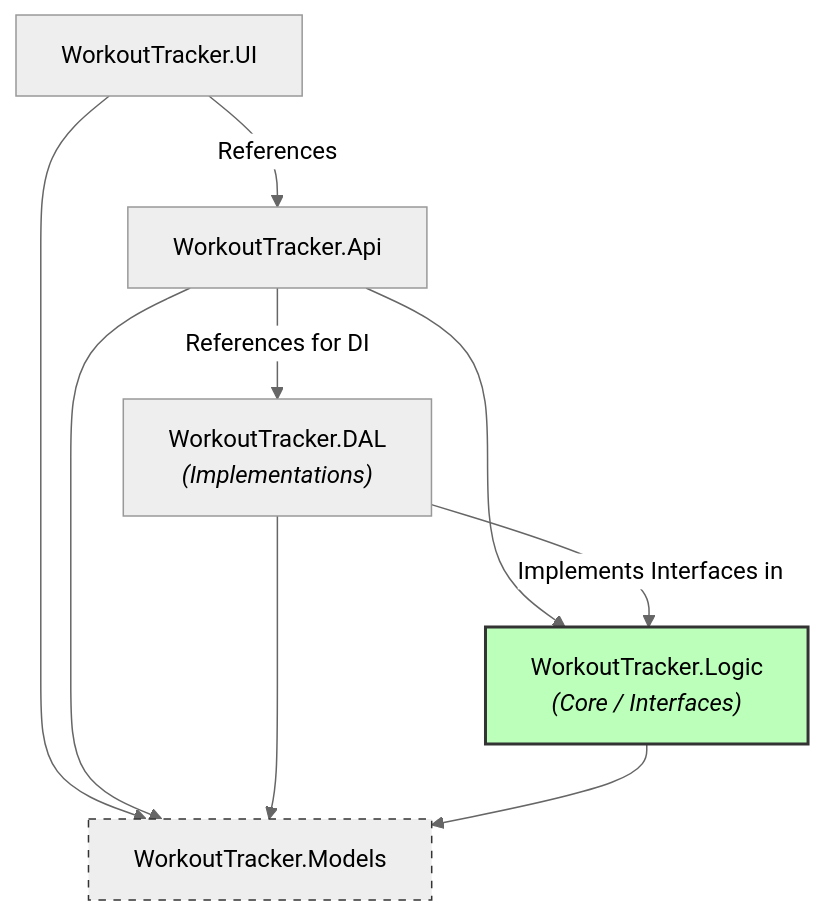
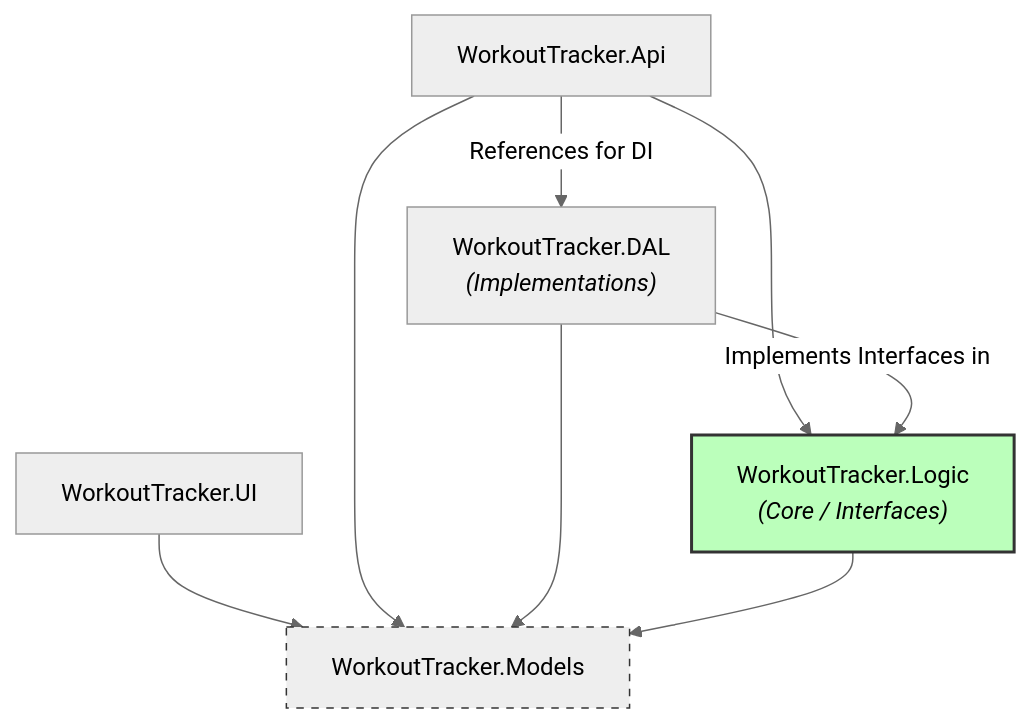
Before and after one commit to MrBunn448/RepVector: the first of 3 diagrams in Documentation/RepVector_Architecture.md, drawn with Mermaid (neutral theme). The commit also changed other lines of this file and 22 other files, not shown here.

````diff
--- a/Documentation/RepVector_Architecture.md
+++ b/Documentation/RepVector_Architecture.md
@@ -12,26 +12,25 @@
 ```mermaid
 graph TD
     %% Projects
     UI["WorkoutTracker.UI"]
     API["WorkoutTracker.Api"]
     Logic["WorkoutTracker.Logic<br/><i>(Core / Interfaces)</i>"]
     DAL["WorkoutTracker.DAL<br/><i>(Implementations)</i>"]
     Models["WorkoutTracker.Models"]
 
     %% Compile-time Dependencies
     UI --> Models
-    UI -- "References" --> API
 
     API --> Models
     API --> Logic
     API -- "References for DI" --> DAL
 
     DAL --> Models
     DAL -- "Implements Interfaces in" --> Logic
 
     Logic --> Models
 
     %% Formatting
     style Logic fill:#bfb,stroke:#333,stroke-width:2px
     style Models fill:#eer,stroke:#333,stroke-dasharray: 5 5
 ```
````
